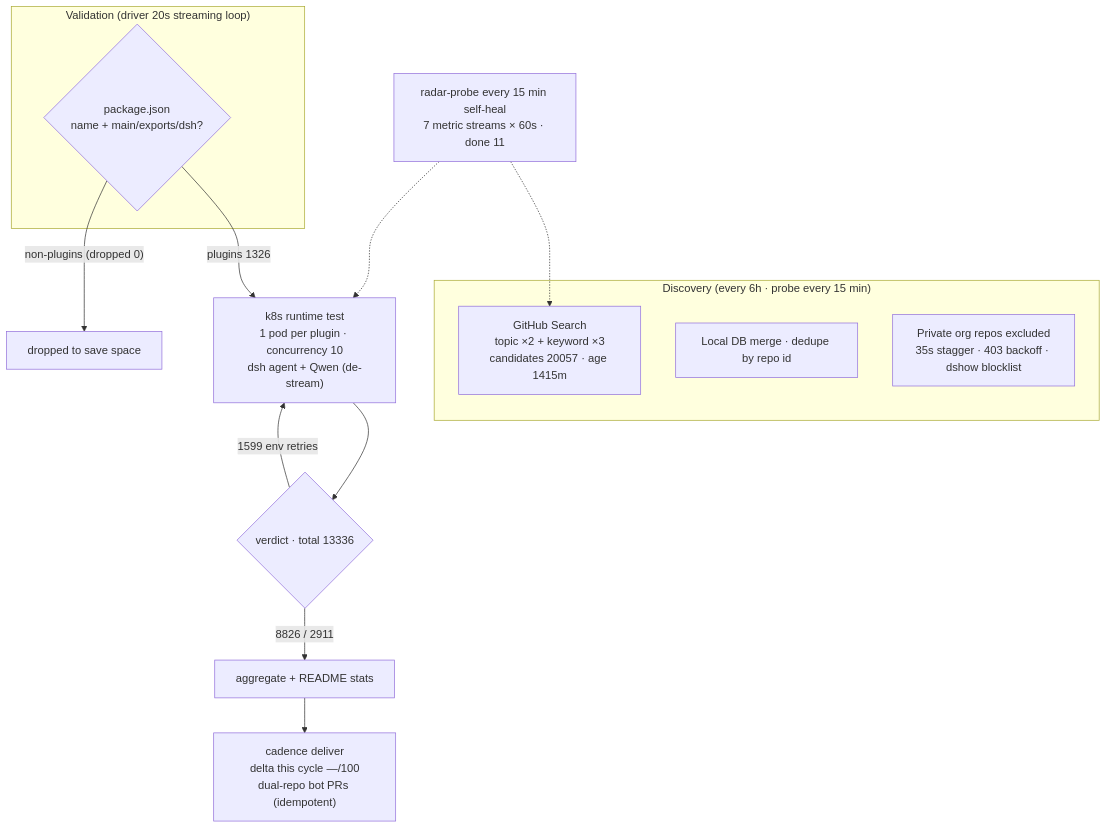
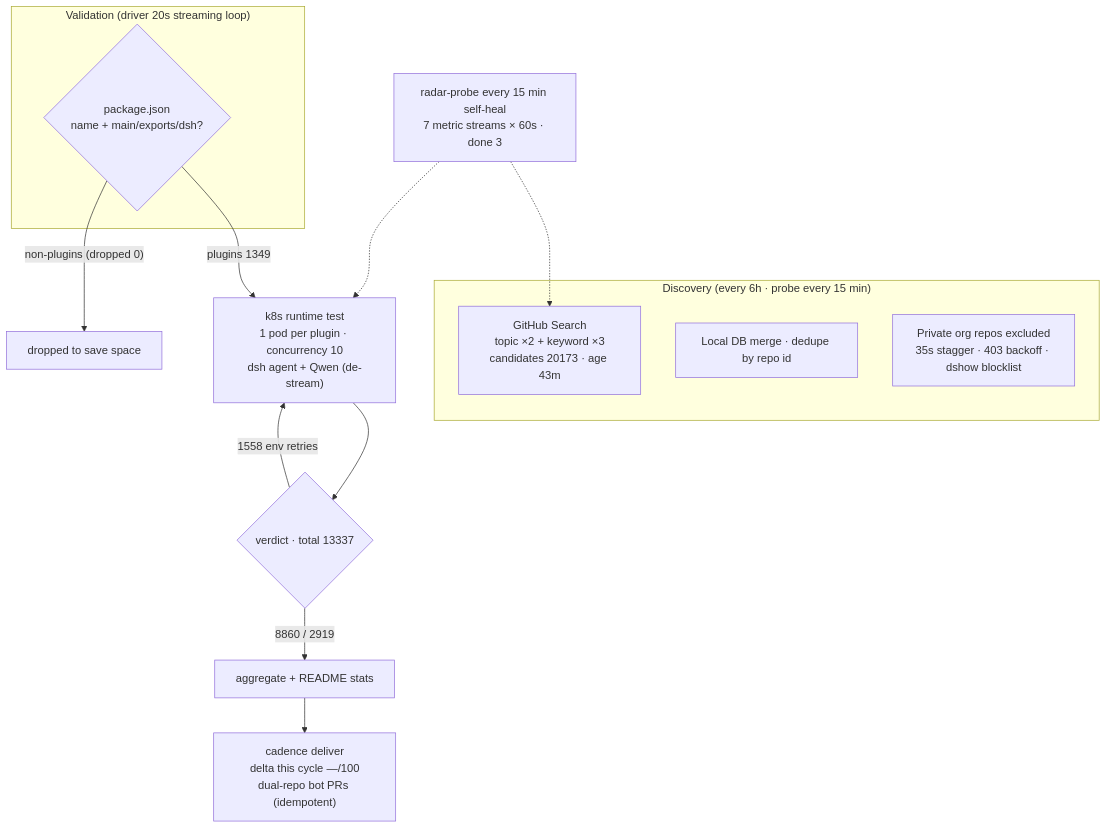
One commit to AdamPlatin123/dsh-plugin-radar changed the diagram in README.en-US.md. Above: the diagram before and after it, drawn with Mermaid. The commit also changed other lines of this file and 18 other files, not shown here.

````diff
--- a/README.en-US.md
+++ b/README.en-US.md
@@ -45,20 +45,20 @@
 ```mermaid
 flowchart TB
     subgraph Discovery["Discovery (every 6h · probe every 15 min)"]
-        A1["GitHub Search<br/>topic ×2 + keyword ×3<br/>candidates 20057 · age 1415m"]
+        A1["GitHub Search<br/>topic ×2 + keyword ×3<br/>candidates 20173 · age 43m"]
         A2["Local DB merge · dedupe by repo id"]
         A3["Private org repos excluded<br/>35s stagger · 403 backoff · dshow blocklist"]
     end
     subgraph Validation["Validation (driver 20s streaming loop)"]
         B1{"package.json<br/>name + main/exports/dsh?"}
     end
-    B1 -->|"plugins 1326"| C1["k8s runtime test<br/>1 pod per plugin · concurrency 10<br/>dsh agent + Qwen (de-stream)"]
+    B1 -->|"plugins 1349"| C1["k8s runtime test<br/>1 pod per plugin · concurrency 10<br/>dsh agent + Qwen (de-stream)"]
     B1 -->|"non-plugins (dropped 0)"| B3["dropped to save space"]
-    C1 --> D1{"verdict · total 13336"}
-    D1 -->|"8826 / 2911"| E1["aggregate + README stats"]
-    D1 -->|"1599 env retries"| C1
+    C1 --> D1{"verdict · total 13337"}
+    D1 -->|"8860 / 2919"| E1["aggregate + README stats"]
+    D1 -->|"1558 env retries"| C1
     E1 --> E2["cadence deliver<br/>delta this cycle —/100<br/>dual-repo bot PRs (idempotent)"]
-    M["radar-probe every 15 min self-heal<br/>7 metric streams × 60s · done 11"]
+    M["radar-probe every 15 min self-heal<br/>7 metric streams × 60s · done 3"]
     M -.-> A1
     M -.-> C1
 ```
````
